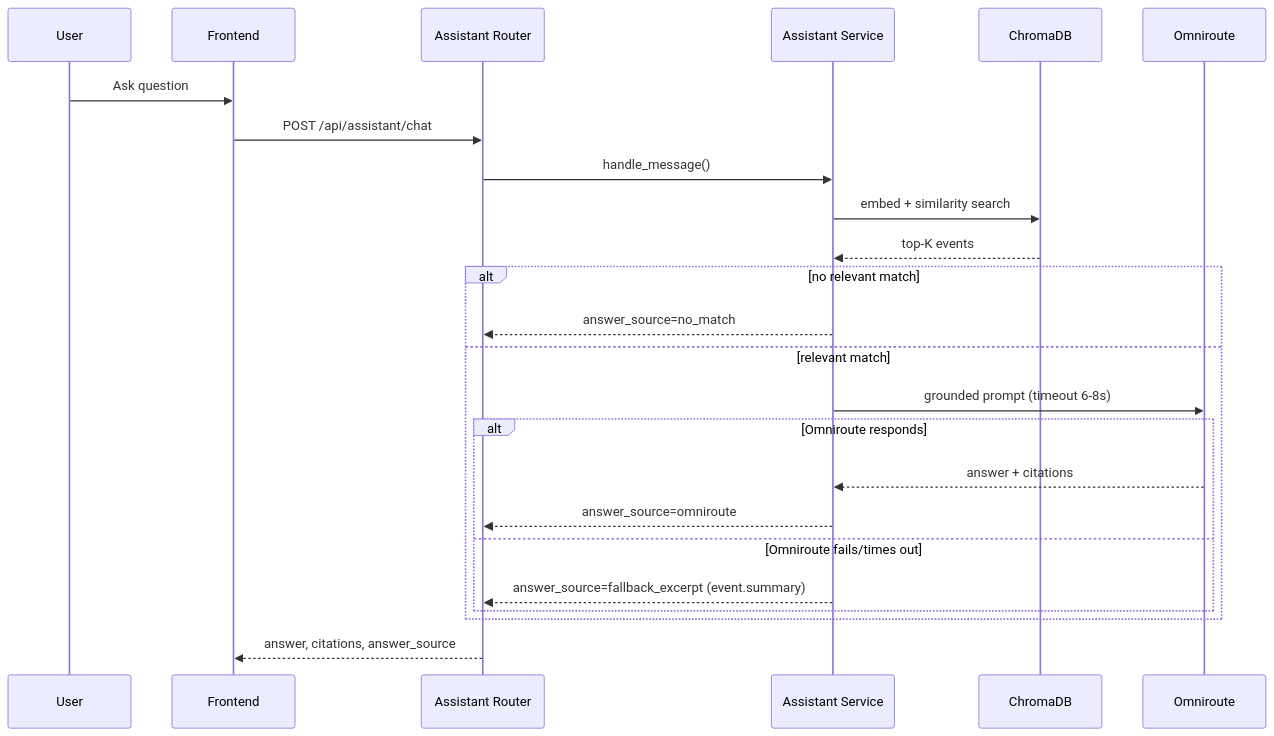
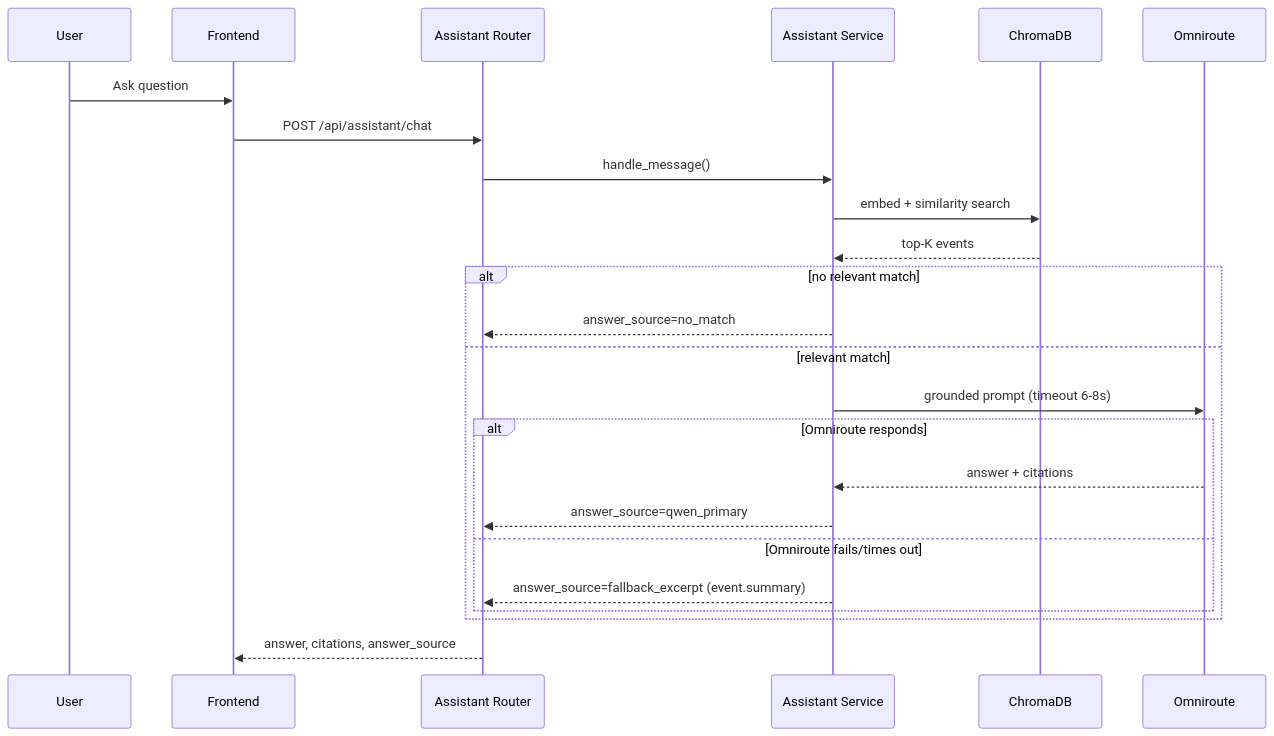
One commit to Charanraju360/military-v2 changed the fourth of 6 diagrams in docs/10-uml-diagrams.md. Above: the diagram before and after it, drawn with Mermaid. The commit also changed other lines of this file and 45 other files, not shown here.

````diff
--- a/docs/10-uml-diagrams.md
+++ b/docs/10-uml-diagrams.md
@@ -126,27 +128,27 @@
 ```mermaid
 sequenceDiagram
     participant U as User
     participant FE as Frontend
     participant API as Assistant Router
     participant SVC as Assistant Service
     participant VEC as ChromaDB
     participant OMNI as Omniroute
 
     U->>FE: Ask question
     FE->>API: POST /api/assistant/chat
     API->>SVC: handle_message()
     SVC->>VEC: embed + similarity search
     VEC-->>SVC: top-K events
     alt no relevant match
         SVC-->>API: answer_source=no_match
     else relevant match
         SVC->>OMNI: grounded prompt (timeout 6-8s)
         alt Omniroute responds
             OMNI-->>SVC: answer + citations
-            SVC-->>API: answer_source=omniroute
+            SVC-->>API: answer_source=qwen_primary
         else Omniroute fails/times out
             SVC-->>API: answer_source=fallback_excerpt (event.summary)
         end
     end
     API-->>FE: answer, citations, answer_source
 ```
````
